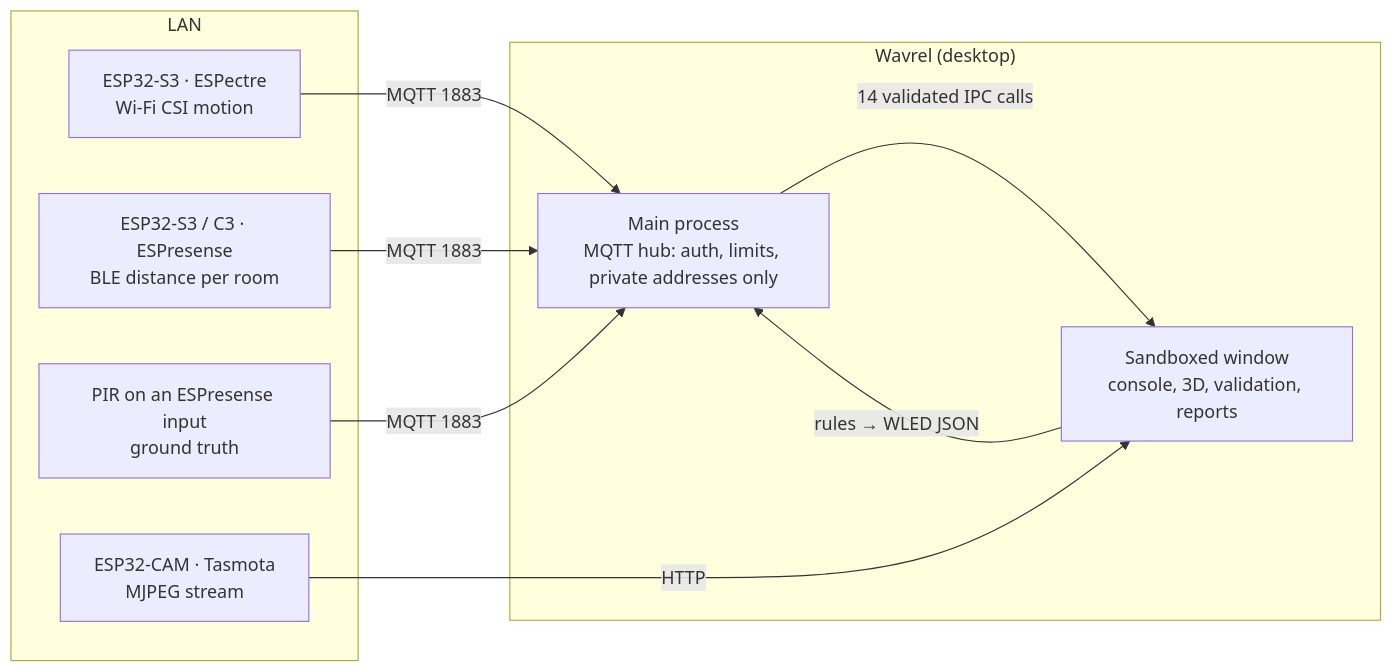
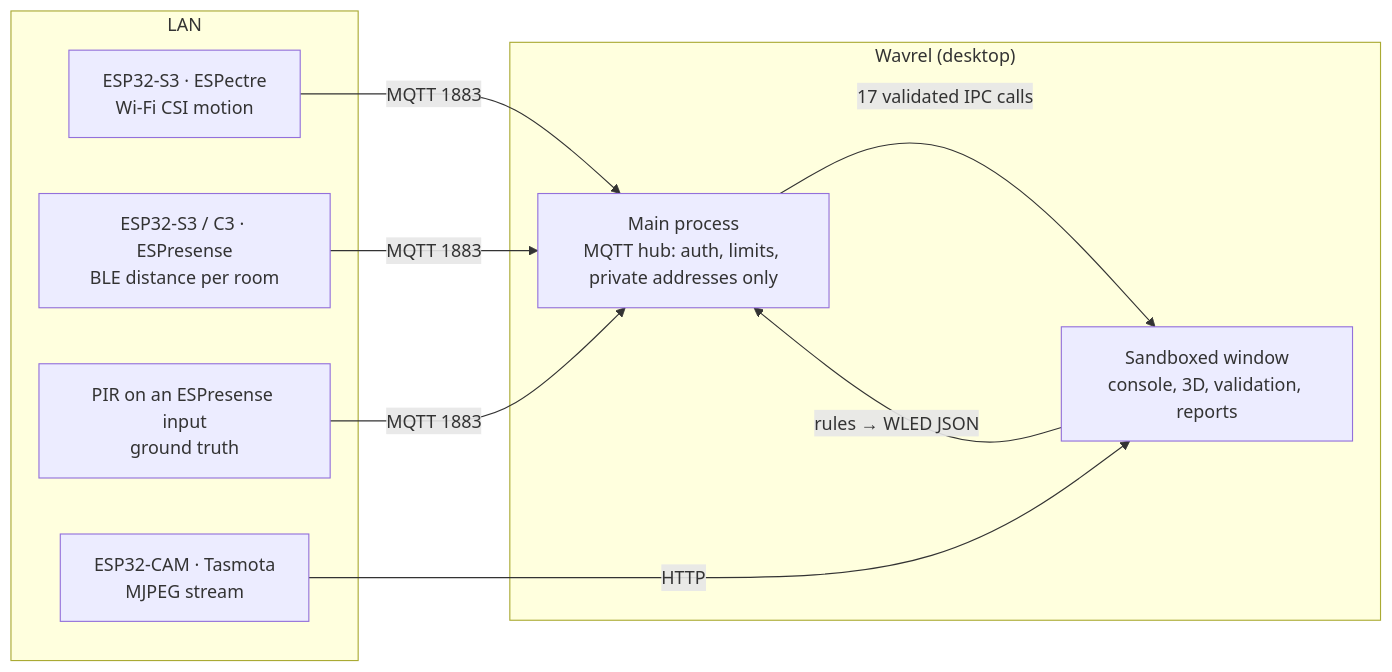
The diagram in README.md (pengveloper/airfab-sentinel), drawn with Mermaid before and after one commit. The commit also changed other lines of this file and 32 other files, not shown here.

````diff
--- a/README.md
+++ b/README.md
@@ -44,19 +45,19 @@
 ```mermaid
 flowchart LR
   subgraph LAN
     A["ESP32-S3 · ESPectre<br/>Wi-Fi CSI motion"]
     C["ESP32-S3 / C3 · ESPresense<br/>BLE distance per room"]
     P["PIR on an ESPresense input<br/>ground truth"]
     E["ESP32-CAM · Tasmota<br/>MJPEG stream"]
   end
   subgraph APP["Wavrel (desktop)"]
     H["Main process<br/>MQTT hub: auth, limits, private addresses only"]
     W["Sandboxed window<br/>console, 3D, validation, reports"]
-    H -- "14 validated IPC calls" --> W
+    H -- "17 validated IPC calls" --> W
   end
   A -- MQTT 1883 --> H
   C -- MQTT 1883 --> H
   P -- MQTT 1883 --> H
   W -- "rules → WLED JSON" --> H
   E -- HTTP --> W
 ```
````
